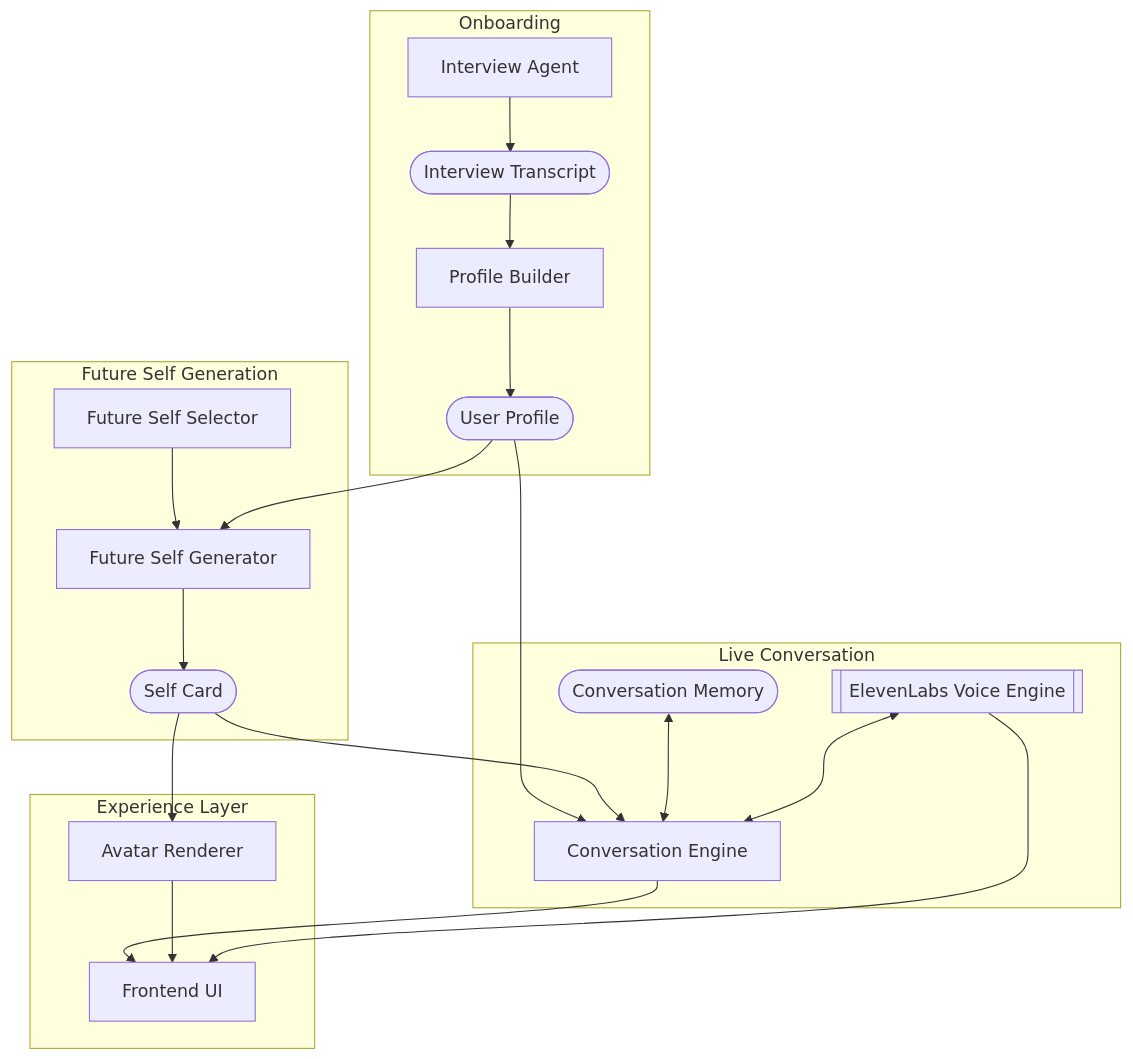
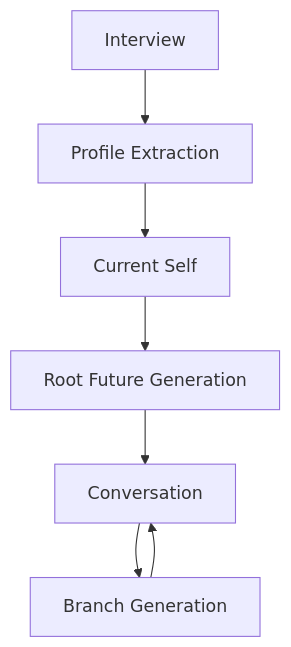
The diagram in architecture.md (alexandre-sdd/tomorrow-you), drawn with Mermaid before and after one commit. The commit also changed other lines of this file and 18 other files, not shown here.

````diff
--- a/architecture.md
+++ b/architecture.md
@@ -73,41 +45,9 @@
 ```mermaid
 flowchart TD
-
-    subgraph ONB[Onboarding]
-        A[Interview Agent]
-        T([Interview Transcript])
-        B[Profile Builder]
-        P([User Profile])
-        A --> T
-        T --> B
-        B --> P
-    end
-
-    subgraph GEN[Future Self Generation]
-        S[Future Self Selector]
-        F[Future Self Generator]
-        C([Self Card])
-        S --> F
-        P --> F
-        F --> C
-    end
-
-    subgraph CONV[Live Conversation]
-        D[Conversation Engine]
-        M([Conversation Memory])
-        V[[ElevenLabs Voice Engine]]
-        P --> D
-        C --> D
-        M <--> D
-        V <--> D
-    end
-
-    subgraph EXP[Experience Layer]
-        R[Avatar Renderer]
-        UI[Frontend UI]
-        C --> R
-        D --> UI
-        R --> UI
-        V --> UI
-    end
+    A[Interview] --> B[Profile Extraction]
+    B --> C[Current Self]
+    C --> D[Root Future Generation]
+    D --> E[Conversation]
+    E --> F[Branch Generation]
+    F --> E
 ```
````
